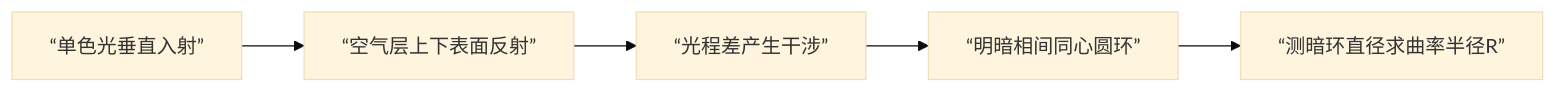
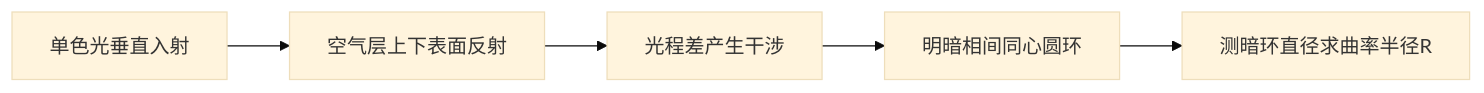
One commit to LiuandXu/physics-experiment-wiki changed the diagram in docs/06-牛顿环.md. Above: the diagram before and after it, drawn with Mermaid (base theme). The commit also changed other lines of this file and 8 other files, not shown here.

````diff
--- a/docs/06-牛顿环.md
+++ b/docs/06-牛顿环.md
@@ -142,7 +142,7 @@
 ```mermaid
 flowchart LR
-    A[“单色光垂直入射”] --> B[“空气层上下表面反射”]
-    B --> C[“光程差产生干涉”]
-    C --> D[“明暗相间同心圆环”]
-    D --> E[“测暗环直径求曲率半径R”]
+    A["单色光垂直入射"] --> B["空气层上下表面反射"]
+    B --> C["光程差产生干涉"]
+    C --> D["明暗相间同心圆环"]
+    D --> E["测暗环直径求曲率半径R"]
 ```
````
